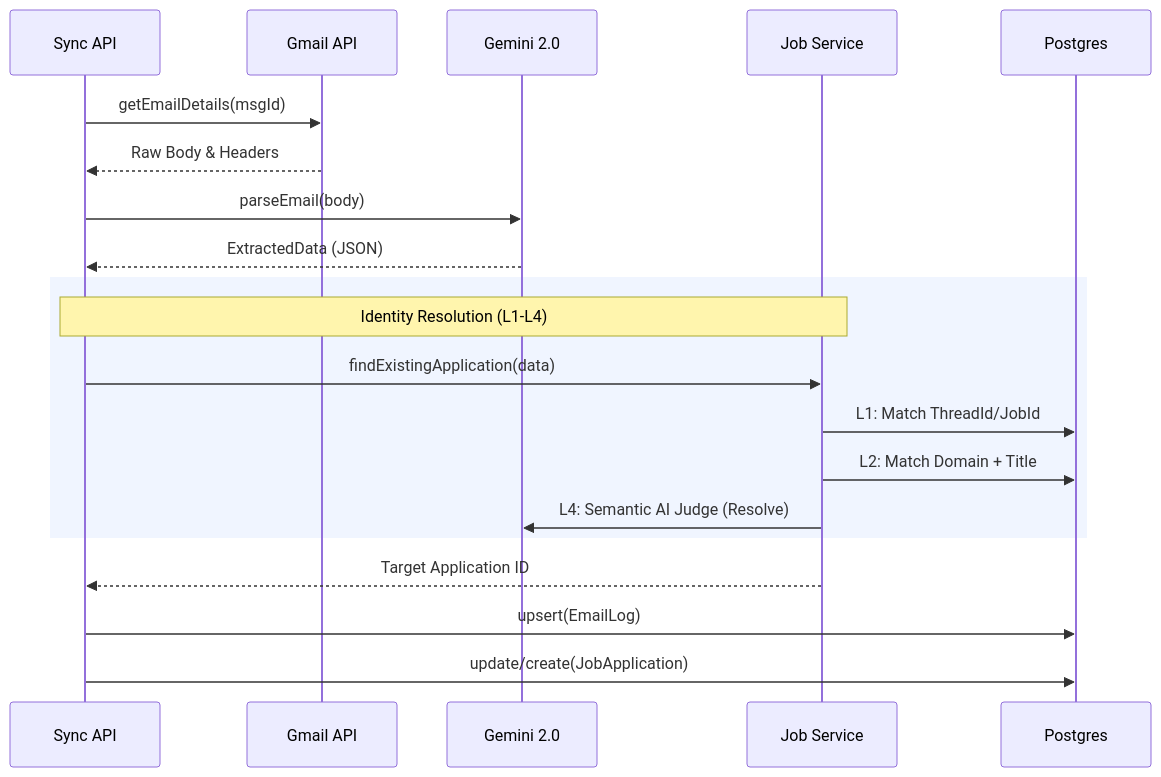
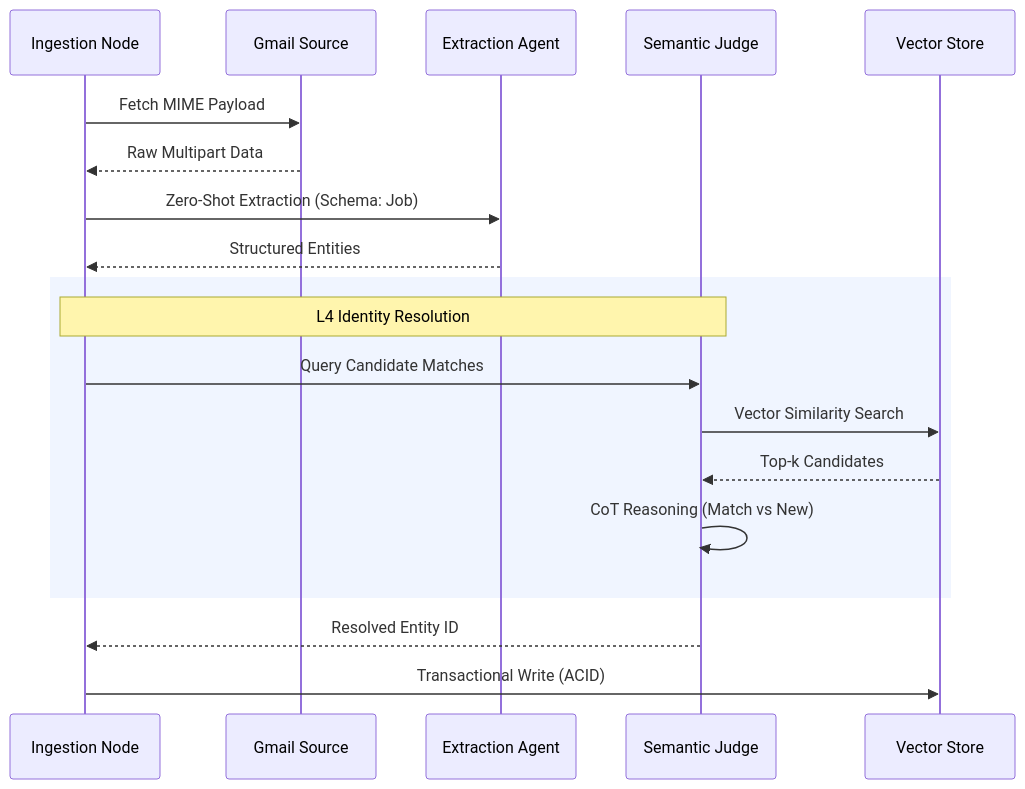
The third of 3 diagrams in ARCHITECTURE.md (laadtushar/job-hunt-dashboard), drawn with Mermaid before and after one commit. The commit also changed other lines of this file and 6 other files, not shown here.

````diff
--- a/ARCHITECTURE.md
+++ b/ARCHITECTURE.md
@@ -47,25 +47,24 @@
 ```mermaid
 sequenceDiagram
-    participant API as Sync API
-    participant G as Gmail API
-    participant AI as Gemini 2.0
-    participant JS as Job Service
-    participant DB as Postgres
+    participant API as Ingestion Node
+    participant G as Gmail Source
+    participant Agent as Extraction Agent
+    participant Judge as Semantic Judge
+    participant DB as Vector Store
 
-    API->>G: getEmailDetails(msgId)
-    G-->>API: Raw Body & Headers
-    API->>AI: parseEmail(body)
-    AI-->>API: ExtractedData (JSON)
+    API->>G: Fetch MIME Payload
+    G-->>API: Raw Multipart Data
+    API->>Agent: Zero-Shot Extraction (Schema: Job)
+    Agent-->>API: Structured Entities
     
     rect rgb(240, 245, 255)
-    Note over API, JS: Identity Resolution (L1-L4)
-    API->>JS: findExistingApplication(data)
-    JS->>DB: L1: Match ThreadId/JobId
-    JS->>DB: L2: Match Domain + Title
-    JS->>AI: L4: Semantic AI Judge (Resolve)
+    Note over API, Judge: L4 Identity Resolution
+    API->>Judge: Query Candidate Matches
+    Judge->>DB: Vector Similarity Search
+    DB-->>Judge: Top-k Candidates
+    Judge->>Judge: CoT Reasoning (Match vs New)
     end
     
-    JS-->>API: Target Application ID
-    API->>DB: upsert(EmailLog)
-    API->>DB: update/create(JobApplication)
+    Judge-->>API: Resolved Entity ID
+    API->>DB: Transactional Write (ACID)
 ```
````
